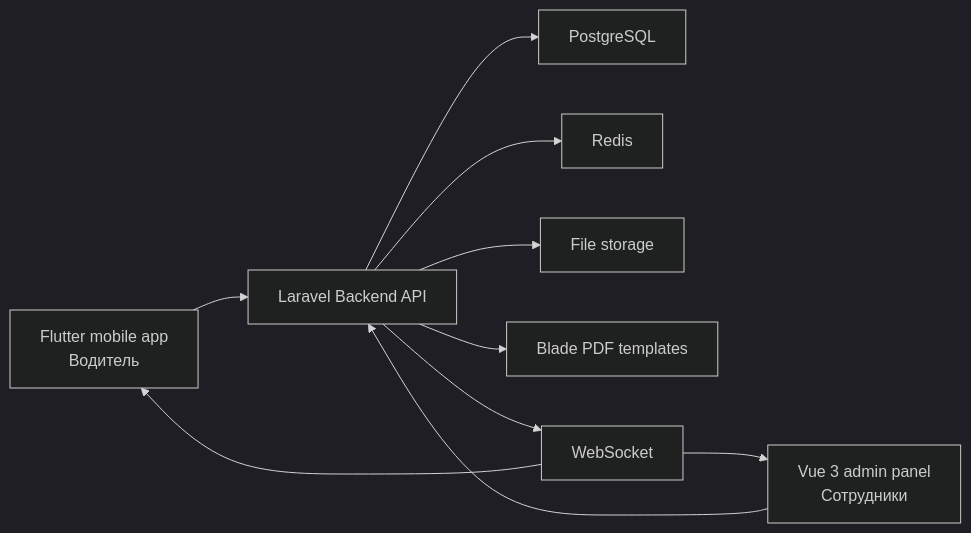
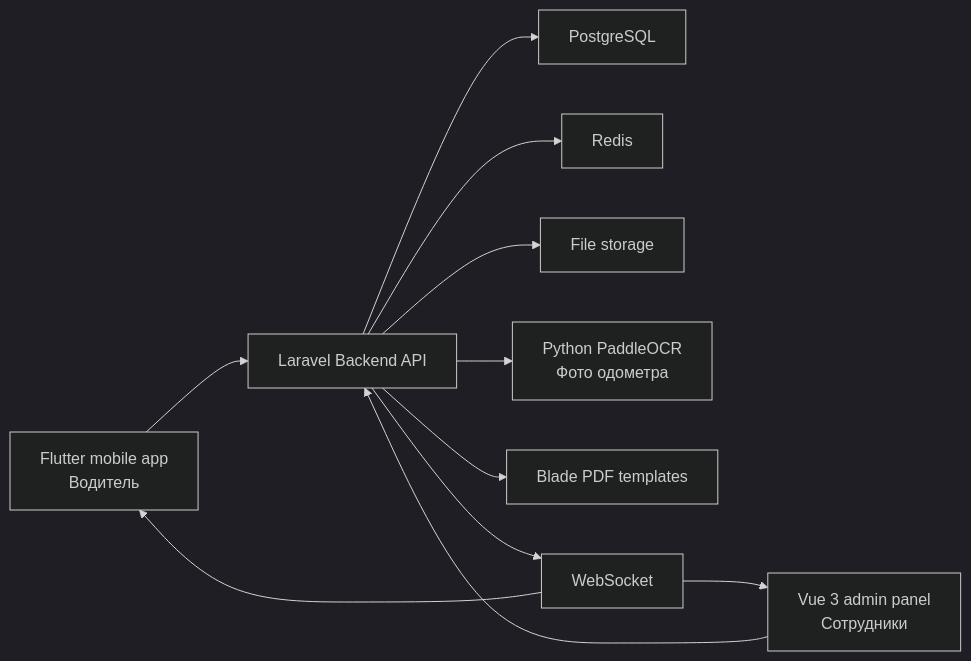
Before and after one commit to Ilsaf-Zag/vkr: the diagram in README.md, drawn with Mermaid (dark theme). The commit also changed other lines of this file and 54 other files, not shown here.

````diff
--- a/README.md
+++ b/README.md
@@ -33,12 +35,13 @@
 ```mermaid
 flowchart LR
     Driver["Flutter mobile app<br/>Водитель"] --> API["Laravel Backend API"]
     Admin["Vue 3 admin panel<br/>Сотрудники"] --> API
     API --> DB["PostgreSQL"]
     API --> Redis["Redis"]
     API --> Storage["File storage"]
+    API --> OCR["Python PaddleOCR<br/>Фото одометра"]
     API --> PDF["Blade PDF templates"]
     API --> WS["WebSocket"]
     WS --> Admin
     WS --> Driver
 ```
````
